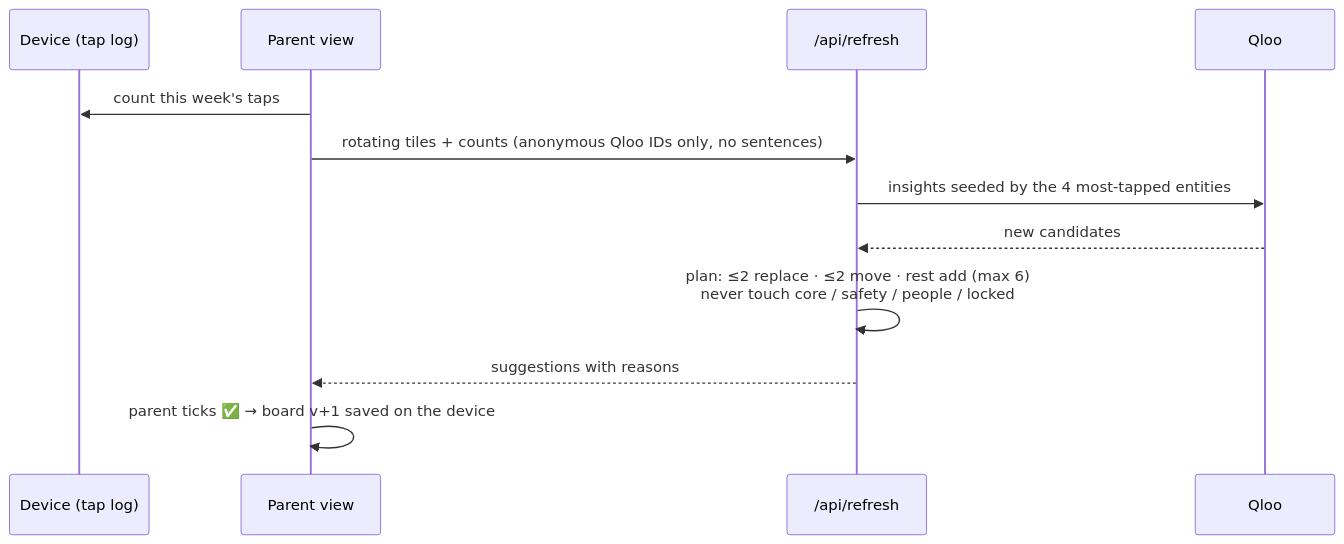
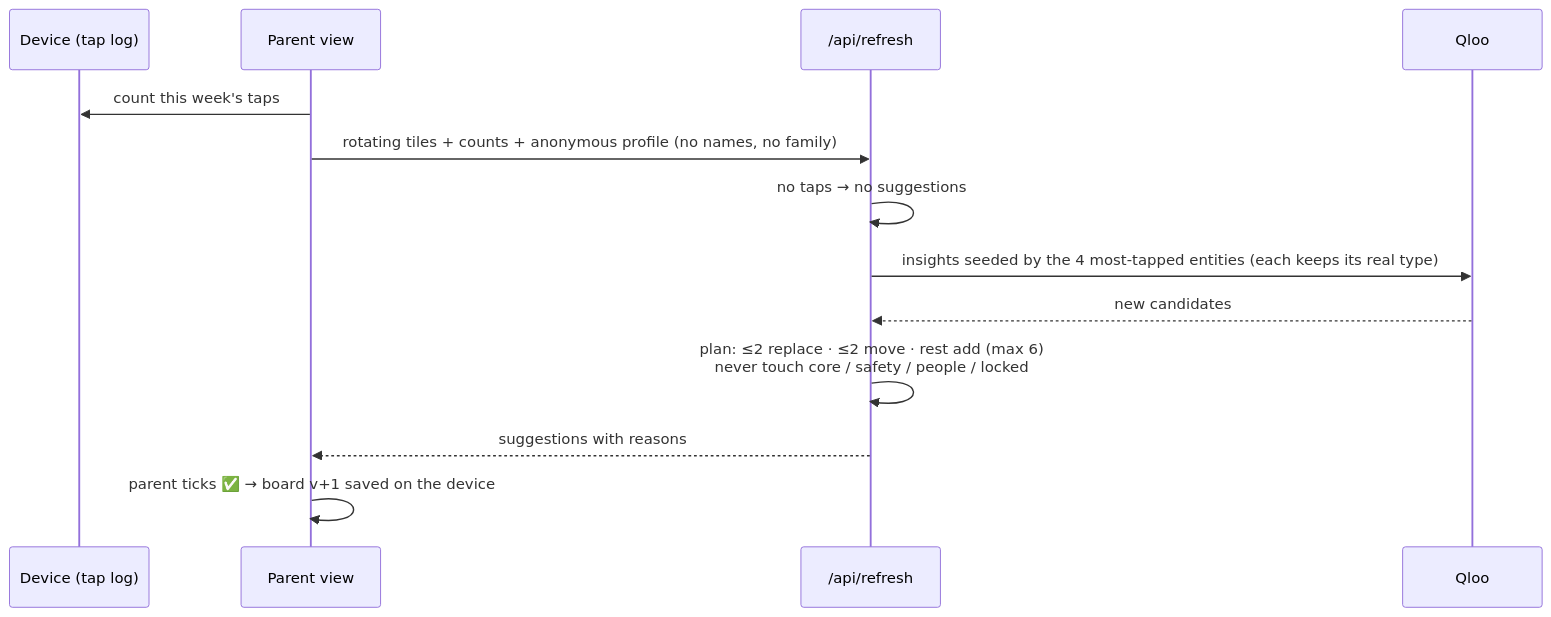
The fifth of 5 diagrams in docs/ARCHITECTURE.md (sonalverdtu/hometiles), drawn with Mermaid before and after one commit. The commit also changed other lines of this file and 2 other files, not shown here.

Commit message:
Docs: architecture, SRS v1.2 and Devpost updated for English default, temperament, age-aware safety screen, verified local snacks, child-lock and privacy changes; AI-alone vs Qloo results

````diff
--- a/docs/ARCHITECTURE.md
+++ b/docs/ARCHITECTURE.md
@@ -174,14 +231,15 @@
 ```mermaid
 sequenceDiagram
     participant D as Device (tap log)
     participant PV as Parent view
     participant API as /api/refresh
     participant Q as Qloo
     PV->>D: count this week's taps
-    PV->>API: rotating tiles + counts (anonymous Qloo IDs only, no sentences)
-    API->>Q: insights seeded by the 4 most-tapped entities
+    PV->>API: rotating tiles + counts + anonymous profile (no names, no family)
+    API->>API: no taps → no suggestions
+    API->>Q: insights seeded by the 4 most-tapped entities (each keeps its real type)
     Q-->>API: new candidates
     API->>API: plan: ≤2 replace · ≤2 move · rest add (max 6)<br/>never touch core / safety / people / locked
     API-->>PV: suggestions with reasons
     PV->>PV: parent ticks ✅ → board v+1 saved on the device
 ```
````
